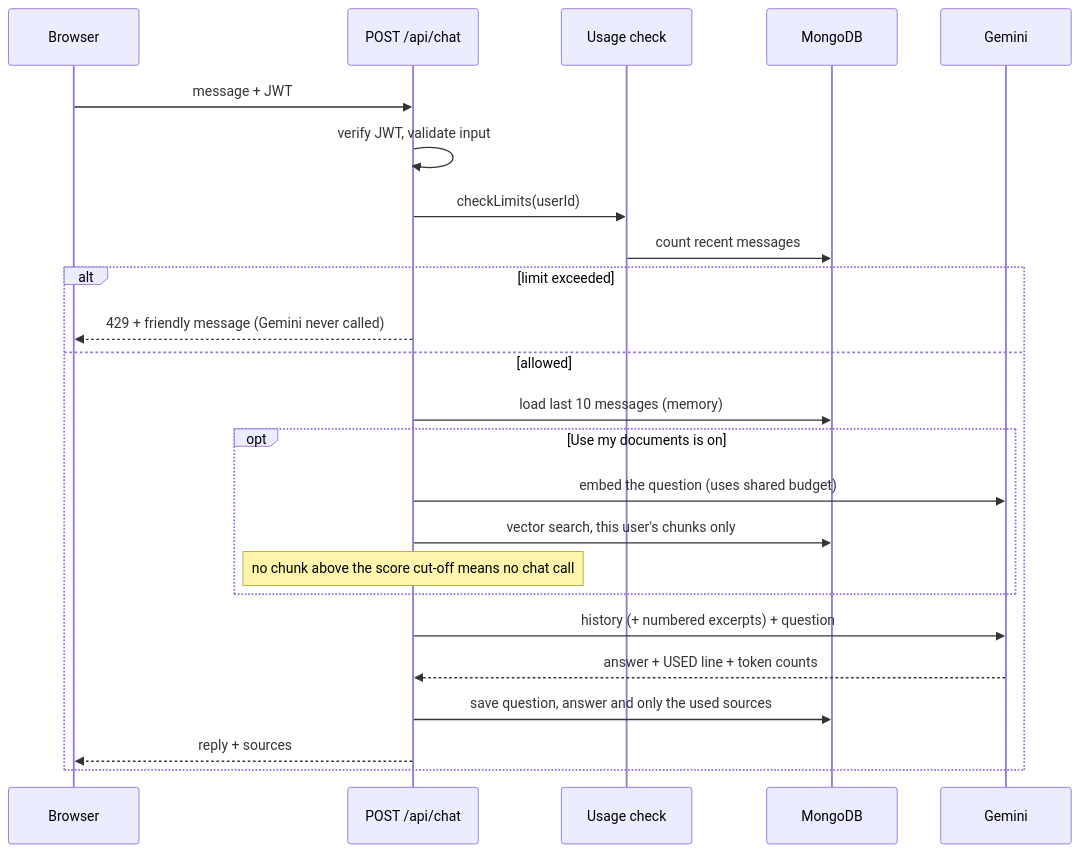
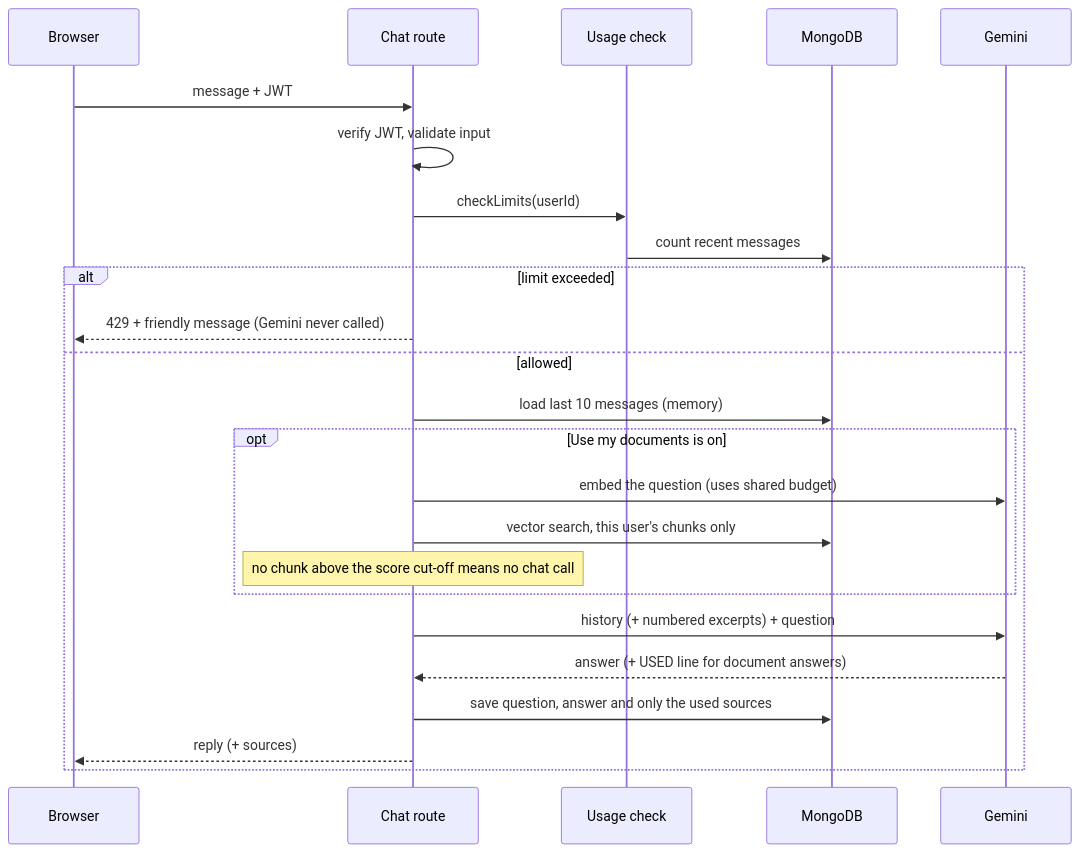
The third of 4 diagrams in README.md (Milind300/docuchat), drawn with Mermaid before and after one commit. The commit also changed other lines of this file, not shown here.

````diff
--- a/README.md
+++ b/README.md
@@ -90,26 +95,26 @@
 ```mermaid
 sequenceDiagram
   participant U as Browser
-  participant A as POST /api/chat
+  participant A as Chat route
   participant L as Usage check
   participant DB as MongoDB
   participant G as Gemini
   U->>A: message + JWT
   A->>A: verify JWT, validate input
   A->>L: checkLimits(userId)
   L->>DB: count recent messages
   alt limit exceeded
     A-->>U: 429 + friendly message (Gemini never called)
   else allowed
     A->>DB: load last 10 messages (memory)
     opt Use my documents is on
       A->>G: embed the question (uses shared budget)
       A->>DB: vector search, this user's chunks only
       Note over A: no chunk above the score cut-off means no chat call
     end
     A->>G: history (+ numbered excerpts) + question
-    G-->>A: answer + USED line + token counts
+    G-->>A: answer (+ USED line for document answers)
     A->>DB: save question, answer and only the used sources
-    A-->>U: reply + sources
+    A-->>U: reply (+ sources)
   end
 ```
````
